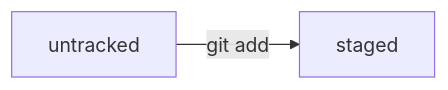
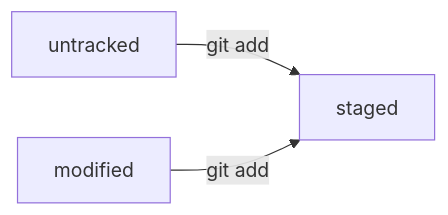
One commit to Suren73/second-project changed the diagram in README.md. Above: the diagram before and after it, drawn with Mermaid.

Commit message:
Добавить mermaid-схему

````diff
--- a/README.md
+++ b/README.md
@@ -222,4 +222,5 @@
 ```mermaid
 graph LR;
-A[untracked] -- "git add" --> B[staged]
+A[untracked] -- "git add" --> C[staged]
+B[modified] -- "git add" --> C[staged]
 ```
````
